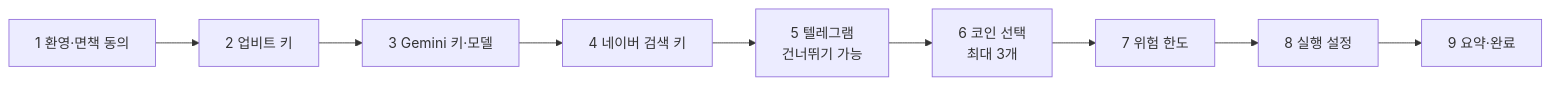
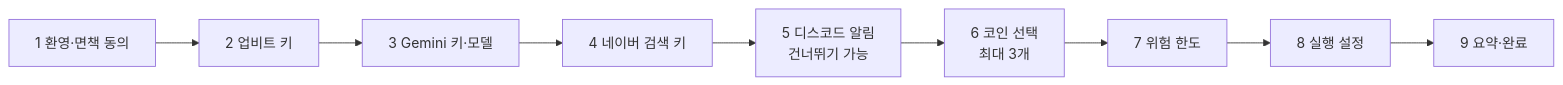
One commit to khy920723/upbit-autotrader changed the second of 4 diagrams in docs/02-ux/screen-flow.md. Above: the diagram before and after it, drawn with Mermaid. The commit also changed other lines of this file and 26 other files, not shown here.

````diff
--- a/docs/02-ux/screen-flow.md
+++ b/docs/02-ux/screen-flow.md
@@ -48,11 +48,11 @@
 ```mermaid
 flowchart LR
     W1[1 환영·면책 동의] --> W2[2 업비트 키]
     W2 --> W3[3 Gemini 키·모델]
     W3 --> W4[4 네이버 검색 키]
-    W4 --> W5["5 텔레그램<br/>건너뛰기 가능"]
+    W4 --> W5["5 디스코드 알림<br/>건너뛰기 가능"]
     W5 --> W6["6 코인 선택<br/>최대 3개"]
     W6 --> W7[7 위험 한도]
     W7 --> W8[8 실행 설정]
     W8 --> W9[9 요약·완료]
 ```
````
